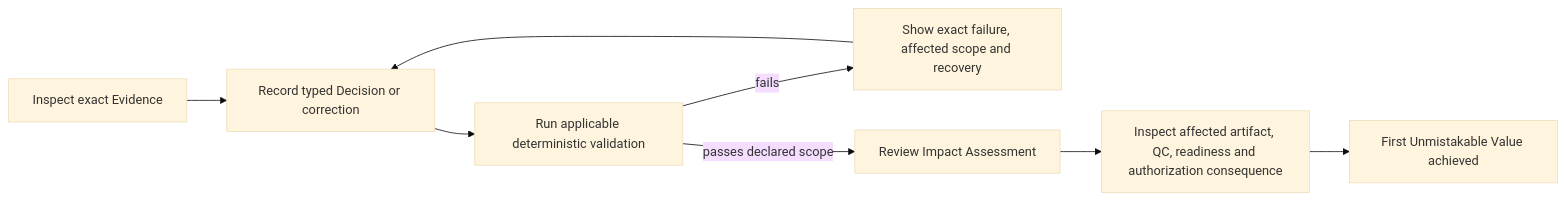
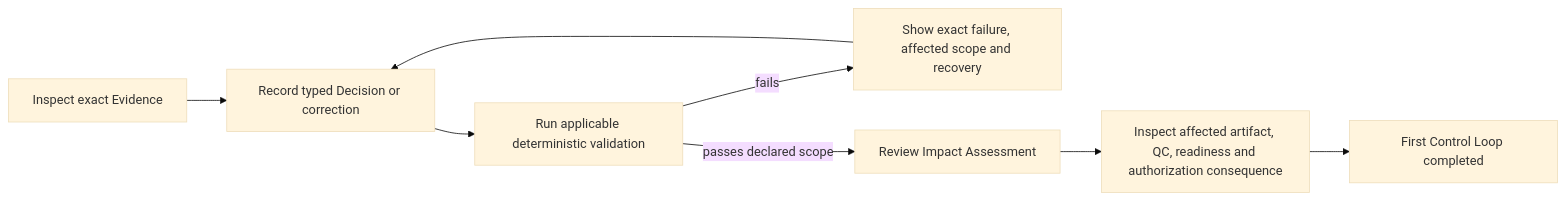
One commit to lucien0229/InvestmentBanking changed the fourth of 5 diagrams in docs/ux/user-flow.md. Above: the diagram before and after it, drawn with Mermaid (base theme). The commit also changed other lines of this file and 33 other files, not shown here.

````diff
--- a/docs/ux/user-flow.md
+++ b/docs/ux/user-flow.md
@@ -315,10 +317,10 @@
 ```mermaid
 flowchart LR
     E["Inspect exact Evidence"] --> D["Record typed Decision or correction"]
     D --> V["Run applicable deterministic validation"]
     V -->|fails| R["Show exact failure, affected scope and recovery"]
     R --> D
     V -->|passes declared scope| I["Review Impact Assessment"]
     I --> O["Inspect affected artifact, QC, readiness and authorization consequence"]
-    O --> F["First Unmistakable Value achieved"]
+    O --> F["First Control Loop completed"]
 ```
````
